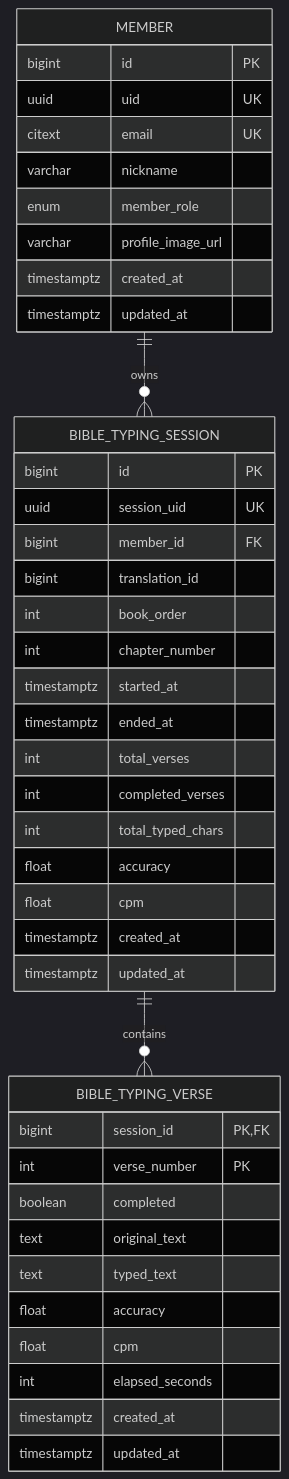
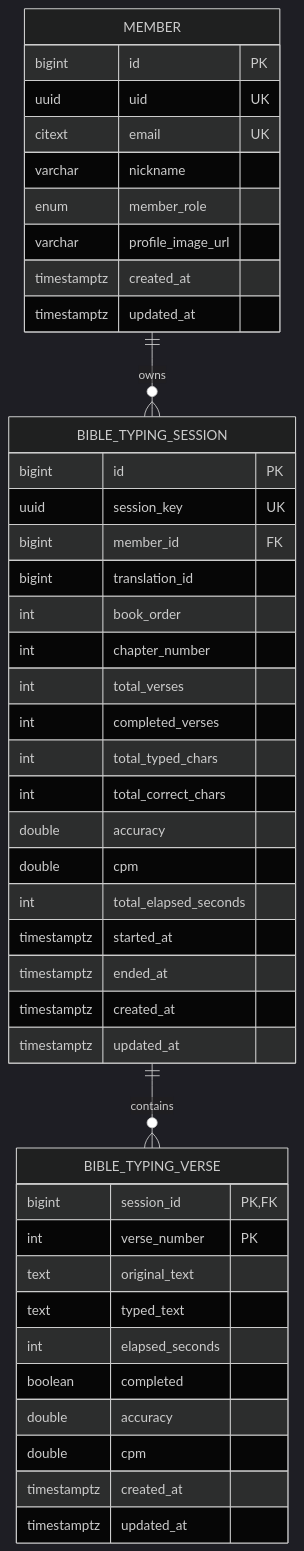
Before and after one commit to an-in-seek/el-seeker: the diagram in docs/game/bible-typing-schema-erd.md, drawn with Mermaid (dark theme). The commit also changed other lines of this file, not shown here.

Commit message:
docs: bible-typing-schema-erd.md 문서 내용 최신화

````diff
--- a/docs/game/bible-typing-schema-erd.md
+++ b/docs/game/bible-typing-schema-erd.md
@@ -3,47 +3,49 @@
 ```mermaid
 erDiagram
     MEMBER {
         bigint id PK
         uuid uid UK
         citext email UK
         varchar nickname
         enum member_role
         varchar profile_image_url
         timestamptz created_at
         timestamptz updated_at
     }
 
     BIBLE_TYPING_SESSION {
         bigint id PK
-        uuid session_uid UK
+        uuid session_key UK
         bigint member_id FK
         bigint translation_id
         int book_order
         int chapter_number
-        timestamptz started_at
-        timestamptz ended_at
         int total_verses
         int completed_verses
         int total_typed_chars
-        float accuracy
-        float cpm
+        int total_correct_chars
+        double accuracy
+        double cpm
+        int total_elapsed_seconds
+        timestamptz started_at
+        timestamptz ended_at
         timestamptz created_at
         timestamptz updated_at
     }
 
     BIBLE_TYPING_VERSE {
         bigint session_id PK, FK
         int verse_number PK
-        boolean completed
         text original_text
         text typed_text
-        float accuracy
-        float cpm
         int elapsed_seconds
+        boolean completed
+        double accuracy
+        double cpm
         timestamptz created_at
         timestamptz updated_at
     }
 
     MEMBER ||--o{ BIBLE_TYPING_SESSION: owns
     BIBLE_TYPING_SESSION ||--o{ BIBLE_TYPING_VERSE: contains
 ```
````
